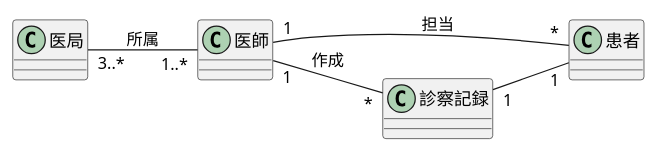
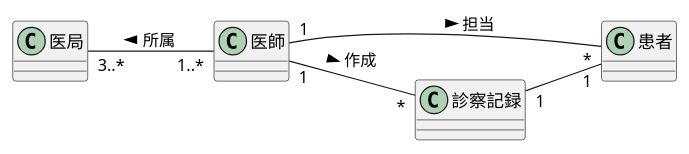
The diagram in 演習3-2_CL_医師と患者と医局と診療記録.pu (itouayumu/uml-introduction-), drawn with PlantUML before and after one commit.

Commit message:
修正

```diff
--- a/演習3-2_CL_医師と患者と医局と診療記録.pu
+++ b/演習3-2_CL_医師と患者と医局と診療記録.pu
@@ -1,11 +1,11 @@
 @startuml
 left to right direction
 class 医師{}
 class 医局{}
 class 患者{}
 class 診察記録{}
-医局 "3..*" --"1..*"医師 :所属
-医師 "1"--"*"患者 :担当
-医師 "1"--"*" 診察記録 : 作成
+医局 "3..*" --"1..*"医師 :< 所属
+医師 "1"--"*"患者 :> 担当
+医師 "1"--"*" 診察記録 :> 作成
 診察記録 "1" -- "1" 患者
 @enduml
```
